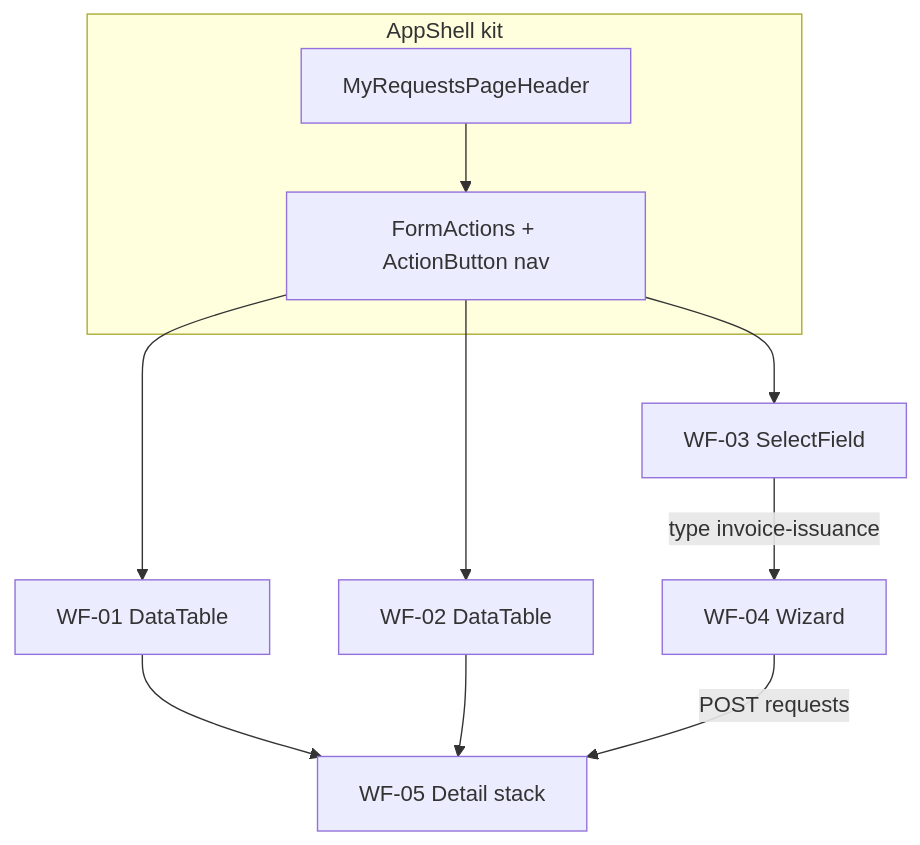
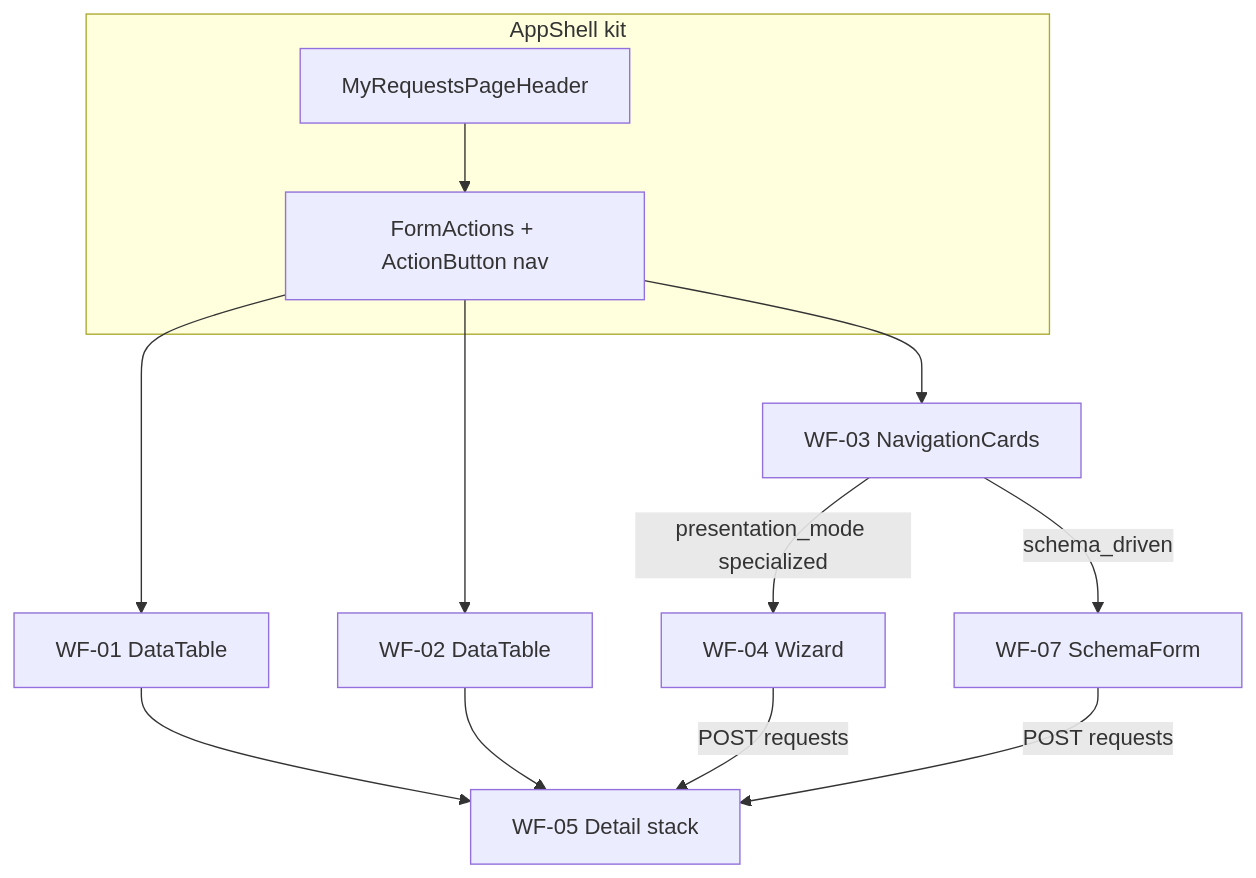
Before and after one commit to roberiooliveiradev/delpi-central: the diagram in docs/12-roadmap-e-evolucao/my-requests/WIREFRAMES.md, drawn with Mermaid. The commit also changed other lines of this file and 2 other files, not shown here.

First line of the commit message:
docs(my-requests): alinha E19 Nova cards e kit NavigationCard

````diff
--- a/docs/12-roadmap-e-evolucao/my-requests/WIREFRAMES.md
+++ b/docs/12-roadmap-e-evolucao/my-requests/WIREFRAMES.md
@@ -290,15 +291,17 @@
 ```mermaid
 flowchart TB
   subgraph shell [AppShell kit]
     PH[MyRequestsPageHeader]
     NAV[FormActions + ActionButton nav]
   end
   PH --> NAV
   NAV --> Mine[WF-01 DataTable]
   NAV --> Queue[WF-02 DataTable]
-  NAV --> New[WF-03 SelectField]
-  New -->|type invoice-issuance| Wiz[WF-04 Wizard]
+  NAV --> New[WF-03 NavigationCards]
+  New -->|presentation_mode specialized| Wiz[WF-04 Wizard]
+  New -->|schema_driven| Schema[WF-07 SchemaForm]
   Mine --> Det[WF-05 Detail stack]
   Queue --> Det
   Wiz -->|POST requests| Det
+  Schema -->|POST requests| Det
 ```
````
